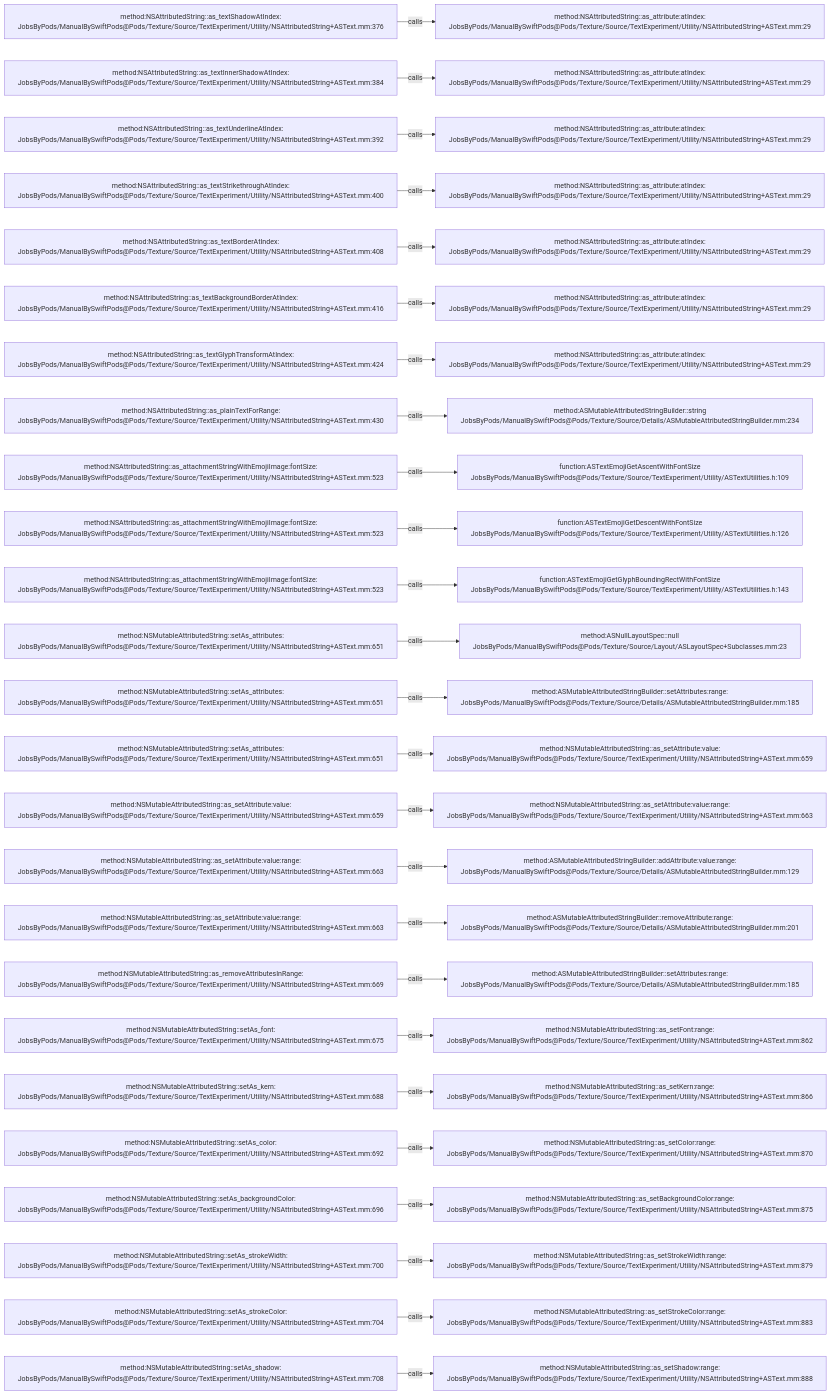
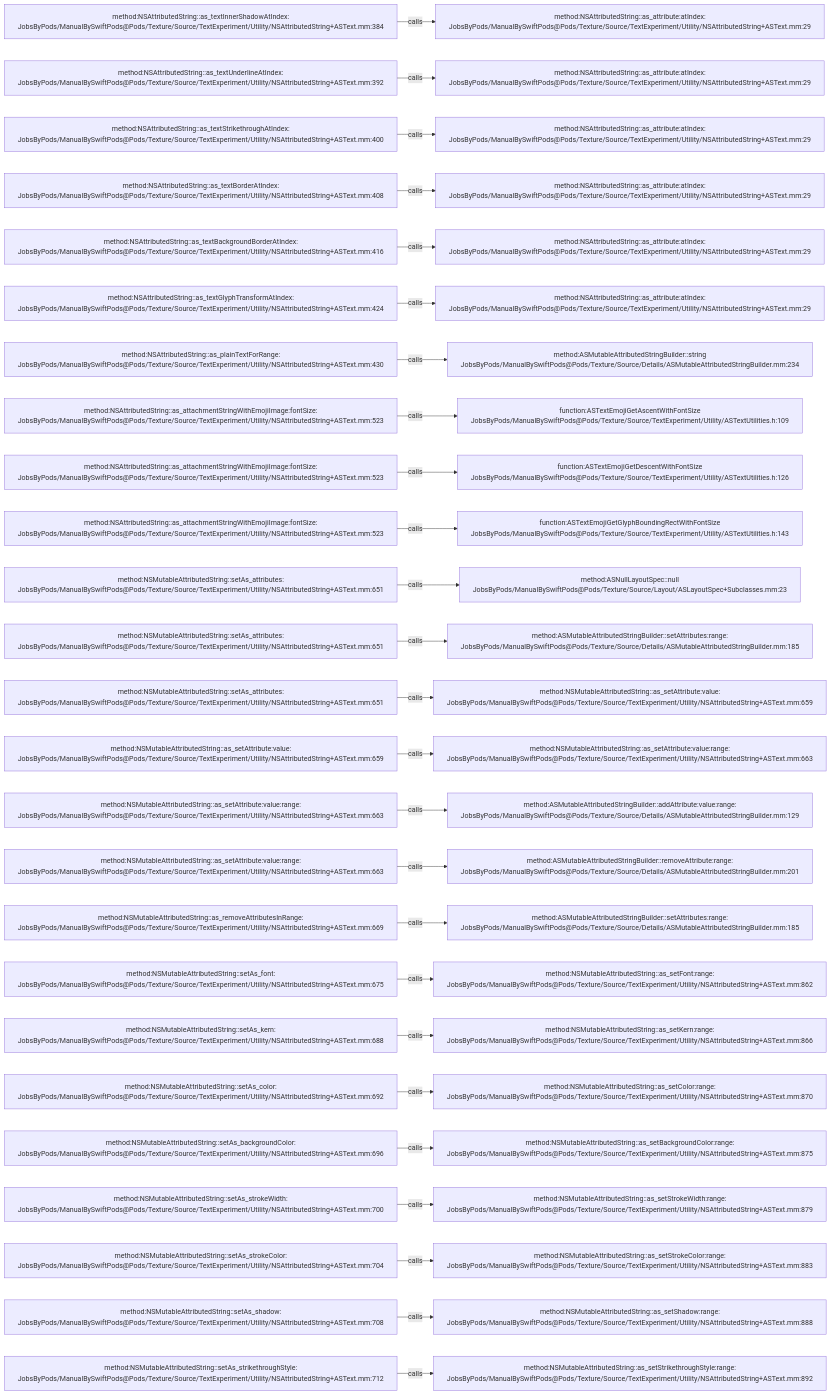
One commit to JobsKits/JobsSwiftBaseConfigDemo changed the diagram in .codegraph/codegraph.md/graphs/calls-143.md. Above: the diagram before and after it, drawn with Mermaid. The commit also changed 747 other files, not shown here.

````diff
--- a/.codegraph/codegraph.md/graphs/calls-143.md
+++ b/.codegraph/codegraph.md/graphs/calls-143.md
@@ -13,78 +13,78 @@
 ```mermaid
 flowchart LR
-  S1["method:NSAttributedString::as_textShadowAtIndex:<br/>JobsByPods/ManualBySwiftPods@Pods/Texture/Source/TextExperiment/Utility/NSAttributedString+ASText.mm:376"]
+  S1["method:NSAttributedString::as_textInnerShadowAtIndex:<br/>JobsByPods/ManualBySwiftPods@Pods/Texture/Source/TextExperiment/Utility/NSAttributedString+ASText.mm:384"]
   T1["method:NSAttributedString::as_attribute:atIndex:<br/>JobsByPods/ManualBySwiftPods@Pods/Texture/Source/TextExperiment/Utility/NSAttributedString+ASText.mm:29"]
   S1 -->|calls| T1
-  S2["method:NSAttributedString::as_textInnerShadowAtIndex:<br/>JobsByPods/ManualBySwiftPods@Pods/Texture/Source/TextExperiment/Utility/NSAttributedString+ASText.mm:384"]
+  S2["method:NSAttributedString::as_textUnderlineAtIndex:<br/>JobsByPods/ManualBySwiftPods@Pods/Texture/Source/TextExperiment/Utility/NSAttributedString+ASText.mm:392"]
   T2["method:NSAttributedString::as_attribute:atIndex:<br/>JobsByPods/ManualBySwiftPods@Pods/Texture/Source/TextExperiment/Utility/NSAttributedString+ASText.mm:29"]
   S2 -->|calls| T2
-  S3["method:NSAttributedString::as_textUnderlineAtIndex:<br/>JobsByPods/ManualBySwiftPods@Pods/Texture/Source/TextExperiment/Utility/NSAttributedString+ASText.mm:392"]
+  S3["method:NSAttributedString::as_textStrikethroughAtIndex:<br/>JobsByPods/ManualBySwiftPods@Pods/Texture/Source/TextExperiment/Utility/NSAttributedString+ASText.mm:400"]
   T3["method:NSAttributedString::as_attribute:atIndex:<br/>JobsByPods/ManualBySwiftPods@Pods/Texture/Source/TextExperiment/Utility/NSAttributedString+ASText.mm:29"]
   S3 -->|calls| T3
-  S4["method:NSAttributedString::as_textStrikethroughAtIndex:<br/>JobsByPods/ManualBySwiftPods@Pods/Texture/Source/TextExperiment/Utility/NSAttributedString+ASText.mm:400"]
+  S4["method:NSAttributedString::as_textBorderAtIndex:<br/>JobsByPods/ManualBySwiftPods@Pods/Texture/Source/TextExperiment/Utility/NSAttributedString+ASText.mm:408"]
   T4["method:NSAttributedString::as_attribute:atIndex:<br/>JobsByPods/ManualBySwiftPods@Pods/Texture/Source/TextExperiment/Utility/NSAttributedString+ASText.mm:29"]
   S4 -->|calls| T4
-  S5["method:NSAttributedString::as_textBorderAtIndex:<br/>JobsByPods/ManualBySwiftPods@Pods/Texture/Source/TextExperiment/Utility/NSAttributedString+ASText.mm:408"]
+  S5["method:NSAttributedString::as_textBackgroundBorderAtIndex:<br/>JobsByPods/ManualBySwiftPods@Pods/Texture/Source/TextExperiment/Utility/NSAttributedString+ASText.mm:416"]
   T5["method:NSAttributedString::as_attribute:atIndex:<br/>JobsByPods/ManualBySwiftPods@Pods/Texture/Source/TextExperiment/Utility/NSAttributedString+ASText.mm:29"]
   S5 -->|calls| T5
-  S6["method:NSAttributedString::as_textBackgroundBorderAtIndex:<br/>JobsByPods/ManualBySwiftPods@Pods/Texture/Source/TextExperiment/Utility/NSAttributedString+ASText.mm:416"]
+  S6["method:NSAttributedString::as_textGlyphTransformAtIndex:<br/>JobsByPods/ManualBySwiftPods@Pods/Texture/Source/TextExperiment/Utility/NSAttributedString+ASText.mm:424"]
   T6["method:NSAttributedString::as_attribute:atIndex:<br/>JobsByPods/ManualBySwiftPods@Pods/Texture/Source/TextExperiment/Utility/NSAttributedString+ASText.mm:29"]
   S6 -->|calls| T6
-  S7["method:NSAttributedString::as_textGlyphTransformAtIndex:<br/>JobsByPods/ManualBySwiftPods@Pods/Texture/Source/TextExperiment/Utility/NSAttributedString+ASText.mm:424"]
-  T7["method:NSAttributedString::as_attribute:atIndex:<br/>JobsByPods/ManualBySwiftPods@Pods/Texture/Source/TextExperiment/Utility/NSAttributedString+ASText.mm:29"]
+  S7["method:NSAttributedString::as_plainTextForRange:<br/>JobsByPods/ManualBySwiftPods@Pods/Texture/Source/TextExperiment/Utility/NSAttributedString+ASText.mm:430"]
+  T7["method:ASMutableAttributedStringBuilder::string<br/>JobsByPods/ManualBySwiftPods@Pods/Texture/Source/Details/ASMutableAttributedStringBuilder.mm:234"]
   S7 -->|calls| T7
-  S8["method:NSAttributedString::as_plainTextForRange:<br/>JobsByPods/ManualBySwiftPods@Pods/Texture/Source/TextExperiment/Utility/NSAttributedString+ASText.mm:430"]
-  T8["method:ASMutableAttributedStringBuilder::string<br/>JobsByPods/ManualBySwiftPods@Pods/Texture/Source/Details/ASMutableAttributedStringBuilder.mm:234"]
+  S8["method:NSAttributedString::as_attachmentStringWithEmojiImage:fontSize:<br/>JobsByPods/ManualBySwiftPods@Pods/Texture/Source/TextExperiment/Utility/NSAttributedString+ASText.mm:523"]
+  T8["function:ASTextEmojiGetAscentWithFontSize<br/>JobsByPods/ManualBySwiftPods@Pods/Texture/Source/TextExperiment/Utility/ASTextUtilities.h:109"]
   S8 -->|calls| T8
   S9["method:NSAttributedString::as_attachmentStringWithEmojiImage:fontSize:<br/>JobsByPods/ManualBySwiftPods@Pods/Texture/Source/TextExperiment/Utility/NSAttributedString+ASText.mm:523"]
-  T9["function:ASTextEmojiGetAscentWithFontSize<br/>JobsByPods/ManualBySwiftPods@Pods/Texture/Source/TextExperiment/Utility/ASTextUtilities.h:109"]
+  T9["function:ASTextEmojiGetDescentWithFontSize<br/>JobsByPods/ManualBySwiftPods@Pods/Texture/Source/TextExperiment/Utility/ASTextUtilities.h:126"]
   S9 -->|calls| T9
   S10["method:NSAttributedString::as_attachmentStringWithEmojiImage:fontSize:<br/>JobsByPods/ManualBySwiftPods@Pods/Texture/Source/TextExperiment/Utility/NSAttributedString+ASText.mm:523"]
-  T10["function:ASTextEmojiGetDescentWithFontSize<br/>JobsByPods/ManualBySwiftPods@Pods/Texture/Source/TextExperiment/Utility/ASTextUtilities.h:126"]
+  T10["function:ASTextEmojiGetGlyphBoundingRectWithFontSize<br/>JobsByPods/ManualBySwiftPods@Pods/Texture/Source/TextExperiment/Utility/ASTextUtilities.h:143"]
   S10 -->|calls| T10
-  S11["method:NSAttributedString::as_attachmentStringWithEmojiImage:fontSize:<br/>JobsByPods/ManualBySwiftPods@Pods/Texture/Source/TextExperiment/Utility/NSAttributedString+ASText.mm:523"]
-  T11["function:ASTextEmojiGetGlyphBoundingRectWithFontSize<br/>JobsByPods/ManualBySwiftPods@Pods/Texture/Source/TextExperiment/Utility/ASTextUtilities.h:143"]
+  S11["method:NSMutableAttributedString::setAs_attributes:<br/>JobsByPods/ManualBySwiftPods@Pods/Texture/Source/TextExperiment/Utility/NSAttributedString+ASText.mm:651"]
+  T11["method:ASNullLayoutSpec::null<br/>JobsByPods/ManualBySwiftPods@Pods/Texture/Source/Layout/ASLayoutSpec+Subclasses.mm:23"]
   S11 -->|calls| T11
   S12["method:NSMutableAttributedString::setAs_attributes:<br/>JobsByPods/ManualBySwiftPods@Pods/Texture/Source/TextExperiment/Utility/NSAttributedString+ASText.mm:651"]
-  T12["method:ASNullLayoutSpec::null<br/>JobsByPods/ManualBySwiftPods@Pods/Texture/Source/Layout/ASLayoutSpec+Subclasses.mm:23"]
+  T12["method:ASMutableAttributedStringBuilder::setAttributes:range:<br/>JobsByPods/ManualBySwiftPods@Pods/Texture/Source/Details/ASMutableAttributedStringBuilder.mm:185"]
   S12 -->|calls| T12
   S13["method:NSMutableAttributedString::setAs_attributes:<br/>JobsByPods/ManualBySwiftPods@Pods/Texture/Source/TextExperiment/Utility/NSAttributedString+ASText.mm:651"]
-  T13["method:ASMutableAttributedStringBuilder::setAttributes:range:<br/>JobsByPods/ManualBySwiftPods@Pods/Texture/Source/Details/ASMutableAttributedStringBuilder.mm:185"]
+  T13["method:NSMutableAttributedString::as_setAttribute:value:<br/>JobsByPods/ManualBySwiftPods@Pods/Texture/Source/TextExperiment/Utility/NSAttributedString+ASText.mm:659"]
   S13 -->|calls| T13
-  S14["method:NSMutableAttributedString::setAs_attributes:<br/>JobsByPods/ManualBySwiftPods@Pods/Texture/Source/TextExperiment/Utility/NSAttributedString+ASText.mm:651"]
-  T14["method:NSMutableAttributedString::as_setAttribute:value:<br/>JobsByPods/ManualBySwiftPods@Pods/Texture/Source/TextExperiment/Utility/NSAttributedString+ASText.mm:659"]
+  S14["method:NSMutableAttributedString::as_setAttribute:value:<br/>JobsByPods/ManualBySwiftPods@Pods/Texture/Source/TextExperiment/Utility/NSAttributedString+ASText.mm:659"]
+  T14["method:NSMutableAttributedString::as_setAttribute:value:range:<br/>JobsByPods/ManualBySwiftPods@Pods/Texture/Source/TextExperiment/Utility/NSAttributedString+ASText.mm:663"]
   S14 -->|calls| T14
-  S15["method:NSMutableAttributedString::as_setAttribute:value:<br/>JobsByPods/ManualBySwiftPods@Pods/Texture/Source/TextExperiment/Utility/NSAttributedString+ASText.mm:659"]
-  T15["method:NSMutableAttributedString::as_setAttribute:value:range:<br/>JobsByPods/ManualBySwiftPods@Pods/Texture/Source/TextExperiment/Utility/NSAttributedString+ASText.mm:663"]
+  S15["method:NSMutableAttributedString::as_setAttribute:value:range:<br/>JobsByPods/ManualBySwiftPods@Pods/Texture/Source/TextExperiment/Utility/NSAttributedString+ASText.mm:663"]
+  T15["method:ASMutableAttributedStringBuilder::addAttribute:value:range:<br/>JobsByPods/ManualBySwiftPods@Pods/Texture/Source/Details/ASMutableAttributedStringBuilder.mm:129"]
   S15 -->|calls| T15
   S16["method:NSMutableAttributedString::as_setAttribute:value:range:<br/>JobsByPods/ManualBySwiftPods@Pods/Texture/Source/TextExperiment/Utility/NSAttributedString+ASText.mm:663"]
-  T16["method:ASMutableAttributedStringBuilder::addAttribute:value:range:<br/>JobsByPods/ManualBySwiftPods@Pods/Texture/Source/Details/ASMutableAttributedStringBuilder.mm:129"]
+  T16["method:ASMutableAttributedStringBuilder::removeAttribute:range:<br/>JobsByPods/ManualBySwiftPods@Pods/Texture/Source/Details/ASMutableAttributedStringBuilder.mm:201"]
   S16 -->|calls| T16
-  S17["method:NSMutableAttributedString::as_setAttribute:value:range:<br/>JobsByPods/ManualBySwiftPods@Pods/Texture/Source/TextExperiment/Utility/NSAttributedString+ASText.mm:663"]
-  T17["method:ASMutableAttributedStringBuilder::removeAttribute:range:<br/>JobsByPods/ManualBySwiftPods@Pods/Texture/Source/Details/ASMutableAttributedStringBuilder.mm:201"]
+  S17["method:NSMutableAttributedString::as_removeAttributesInRange:<br/>JobsByPods/ManualBySwiftPods@Pods/Texture/Source/TextExperiment/Utility/NSAttributedString+ASText.mm:669"]
+  T17["method:ASMutableAttributedStringBuilder::setAttributes:range:<br/>JobsByPods/ManualBySwiftPods@Pods/Texture/Source/Details/ASMutableAttributedStringBuilder.mm:185"]
   S17 -->|calls| T17
-  S18["method:NSMutableAttributedString::as_removeAttributesInRange:<br/>JobsByPods/ManualBySwiftPods@Pods/Texture/Source/TextExperiment/Utility/NSAttributedString+ASText.mm:669"]
-  T18["method:ASMutableAttributedStringBuilder::setAttributes:range:<br/>JobsByPods/ManualBySwiftPods@Pods/Texture/Source/Details/ASMutableAttributedStringBuilder.mm:185"]
+  S18["method:NSMutableAttributedString::setAs_font:<br/>JobsByPods/ManualBySwiftPods@Pods/Texture/Source/TextExperiment/Utility/NSAttributedString+ASText.mm:675"]
+  T18["method:NSMutableAttributedString::as_setFont:range:<br/>JobsByPods/ManualBySwiftPods@Pods/Texture/Source/TextExperiment/Utility/NSAttributedString+ASText.mm:862"]
   S18 -->|calls| T18
-  S19["method:NSMutableAttributedString::setAs_font:<br/>JobsByPods/ManualBySwiftPods@Pods/Texture/Source/TextExperiment/Utility/NSAttributedString+ASText.mm:675"]
-  T19["method:NSMutableAttributedString::as_setFont:range:<br/>JobsByPods/ManualBySwiftPods@Pods/Texture/Source/TextExperiment/Utility/NSAttributedString+ASText.mm:862"]
+  S19["method:NSMutableAttributedString::setAs_kern:<br/>JobsByPods/ManualBySwiftPods@Pods/Texture/Source/TextExperiment/Utility/NSAttributedString+ASText.mm:688"]
+  T19["method:NSMutableAttributedString::as_setKern:range:<br/>JobsByPods/ManualBySwiftPods@Pods/Texture/Source/TextExperiment/Utility/NSAttributedString+ASText.mm:866"]
   S19 -->|calls| T19
-  S20["method:NSMutableAttributedString::setAs_kern:<br/>JobsByPods/ManualBySwiftPods@Pods/Texture/Source/TextExperiment/Utility/NSAttributedString+ASText.mm:688"]
-  T20["method:NSMutableAttributedString::as_setKern:range:<br/>JobsByPods/ManualBySwiftPods@Pods/Texture/Source/TextExperiment/Utility/NSAttributedString+ASText.mm:866"]
+  S20["method:NSMutableAttributedString::setAs_color:<br/>JobsByPods/ManualBySwiftPods@Pods/Texture/Source/TextExperiment/Utility/NSAttributedString+ASText.mm:692"]
+  T20["method:NSMutableAttributedString::as_setColor:range:<br/>JobsByPods/ManualBySwiftPods@Pods/Texture/Source/TextExperiment/Utility/NSAttributedString+ASText.mm:870"]
   S20 -->|calls| T20
-  S21["method:NSMutableAttributedString::setAs_color:<br/>JobsByPods/ManualBySwiftPods@Pods/Texture/Source/TextExperiment/Utility/NSAttributedString+ASText.mm:692"]
-  T21["method:NSMutableAttributedString::as_setColor:range:<br/>JobsByPods/ManualBySwiftPods@Pods/Texture/Source/TextExperiment/Utility/NSAttributedString+ASText.mm:870"]
+  S21["method:NSMutableAttributedString::setAs_backgroundColor:<br/>JobsByPods/ManualBySwiftPods@Pods/Texture/Source/TextExperiment/Utility/NSAttributedString+ASText.mm:696"]
+  T21["method:NSMutableAttributedString::as_setBackgroundColor:range:<br/>JobsByPods/ManualBySwiftPods@Pods/Texture/Source/TextExperiment/Utility/NSAttributedString+ASText.mm:875"]
   S21 -->|calls| T21
-  S22["method:NSMutableAttributedString::setAs_backgroundColor:<br/>JobsByPods/ManualBySwiftPods@Pods/Texture/Source/TextExperiment/Utility/NSAttributedString+ASText.mm:696"]
-  T22["method:NSMutableAttributedString::as_setBackgroundColor:range:<br/>JobsByPods/ManualBySwiftPods@Pods/Texture/Source/TextExperiment/Utility/NSAttributedString+ASText.mm:875"]
+  S22["method:NSMutableAttributedString::setAs_strokeWidth:<br/>JobsByPods/ManualBySwiftPods@Pods/Texture/Source/TextExperiment/Utility/NSAttributedString+ASText.mm:700"]
+  T22["method:NSMutableAttributedString::as_setStrokeWidth:range:<br/>JobsByPods/ManualBySwiftPods@Pods/Texture/Source/TextExperiment/Utility/NSAttributedString+ASText.mm:879"]
   S22 -->|calls| T22
-  S23["method:NSMutableAttributedString::setAs_strokeWidth:<br/>JobsByPods/ManualBySwiftPods@Pods/Texture/Source/TextExperiment/Utility/NSAttributedString+ASText.mm:700"]
-  T23["method:NSMutableAttributedString::as_setStrokeWidth:range:<br/>JobsByPods/ManualBySwiftPods@Pods/Texture/Source/TextExperiment/Utility/NSAttributedString+ASText.mm:879"]
+  S23["method:NSMutableAttributedString::setAs_strokeColor:<br/>JobsByPods/ManualBySwiftPods@Pods/Texture/Source/TextExperiment/Utility/NSAttributedString+ASText.mm:704"]
+  T23["method:NSMutableAttributedString::as_setStrokeColor:range:<br/>JobsByPods/ManualBySwiftPods@Pods/Texture/Source/TextExperiment/Utility/NSAttributedString+ASText.mm:883"]
   S23 -->|calls| T23
-  S24["method:NSMutableAttributedString::setAs_strokeColor:<br/>JobsByPods/ManualBySwiftPods@Pods/Texture/Source/TextExperiment/Utility/NSAttributedString+ASText.mm:704"]
-  T24["method:NSMutableAttributedString::as_setStrokeColor:range:<br/>JobsByPods/ManualBySwiftPods@Pods/Texture/Source/TextExperiment/Utility/NSAttributedString+ASText.mm:883"]
+  S24["method:NSMutableAttributedString::setAs_shadow:<br/>JobsByPods/ManualBySwiftPods@Pods/Texture/Source/TextExperiment/Utility/NSAttributedString+ASText.mm:708"]
+  T24["method:NSMutableAttributedString::as_setShadow:range:<br/>JobsByPods/ManualBySwiftPods@Pods/Texture/Source/TextExperiment/Utility/NSAttributedString+ASText.mm:888"]
   S24 -->|calls| T24
-  S25["method:NSMutableAttributedString::setAs_shadow:<br/>JobsByPods/ManualBySwiftPods@Pods/Texture/Source/TextExperiment/Utility/NSAttributedString+ASText.mm:708"]
-  T25["method:NSMutableAttributedString::as_setShadow:range:<br/>JobsByPods/ManualBySwiftPods@Pods/Texture/Source/TextExperiment/Utility/NSAttributedString+ASText.mm:888"]
+  S25["method:NSMutableAttributedString::setAs_strikethroughStyle:<br/>JobsByPods/ManualBySwiftPods@Pods/Texture/Source/TextExperiment/Utility/NSAttributedString+ASText.mm:712"]
+  T25["method:NSMutableAttributedString::as_setStrikethroughStyle:range:<br/>JobsByPods/ManualBySwiftPods@Pods/Texture/Source/TextExperiment/Utility/NSAttributedString+ASText.mm:892"]
   S25 -->|calls| T25
 ```
````
